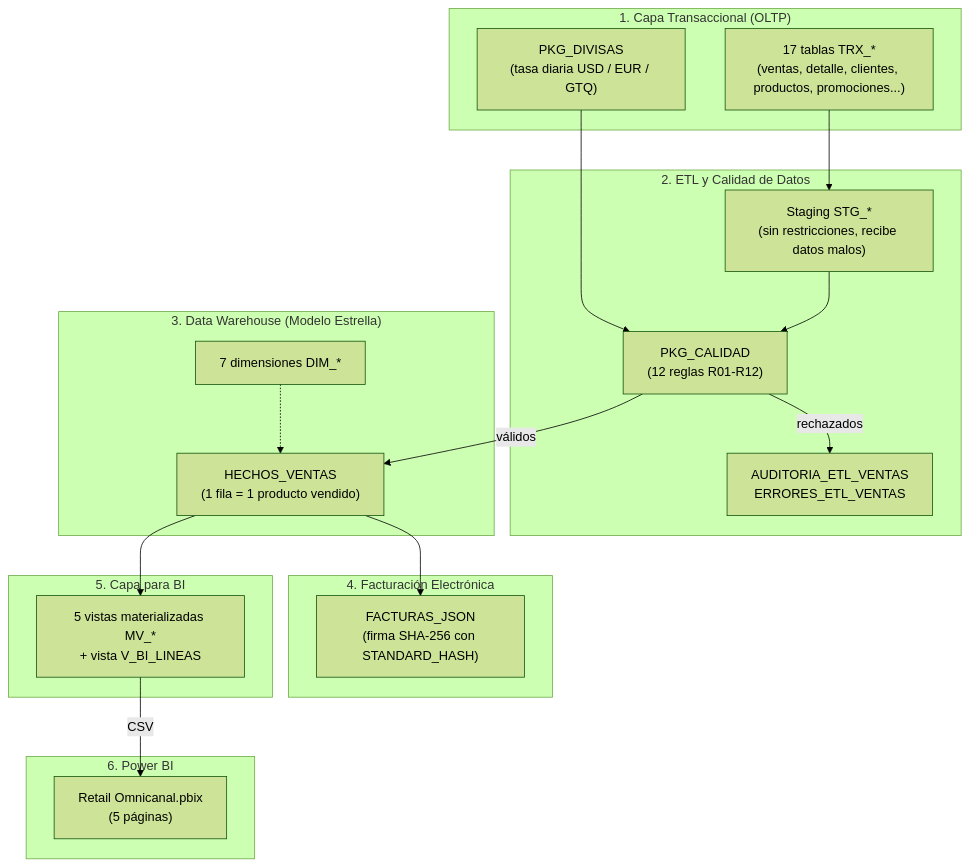
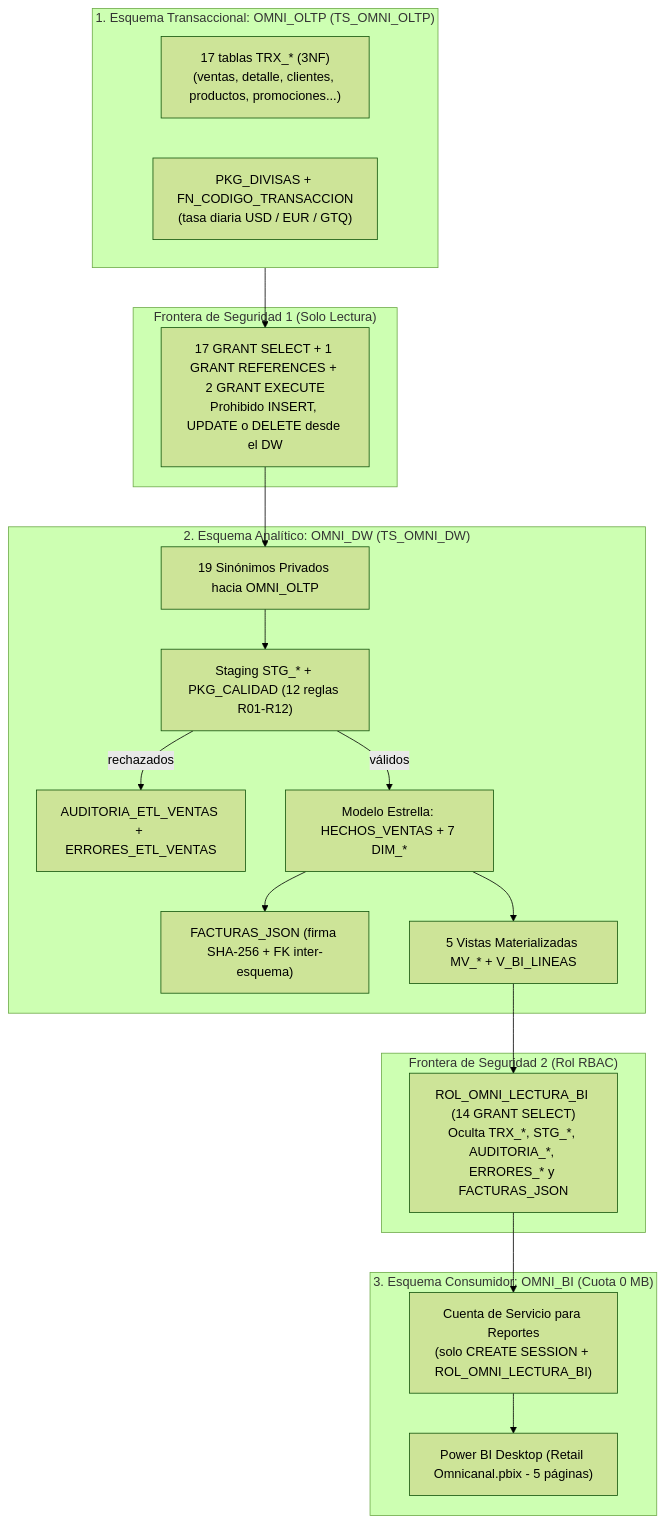
Before and after one commit to Miguel20170346/retail-omnichannel-analytics: the diagram in README.md, drawn with Mermaid (forest theme). The commit also changed other lines of this file and 17 other files, not shown here.

Commit message:
feat(security): implementar arquitectura empresarial multi-esquema (OMNI_OLTP, OMNI_DW, OMNI_BI + RBAC)

````diff
--- a/README.md
+++ b/README.md
@@ -17,40 +18,37 @@
 ```mermaid
 flowchart TD
-    subgraph OLTP ["1. Capa Transaccional (OLTP)"]
-        O1["17 tablas TRX_*<br/>(ventas, detalle, clientes, productos, promociones...)"]
-        O2["PKG_DIVISAS<br/>(tasa diaria USD / EUR / GTQ)"]
+    subgraph S1 ["1. Esquema Transaccional: OMNI_OLTP (TS_OMNI_OLTP)"]
+        O1["17 tablas TRX_* (3NF)<br/>(ventas, detalle, clientes, productos, promociones...)"]
+        O2["PKG_DIVISAS + FN_CODIGO_TRANSACCION<br/>(tasa diaria USD / EUR / GTQ)"]
     end
 
-    subgraph ETL ["2. ETL y Calidad de Datos"]
-        S1["Staging STG_*<br/>(sin restricciones, recibe datos malos)"]
-        Q1["PKG_CALIDAD<br/>(12 reglas R01-R12)"]
-        A1["AUDITORIA_ETL_VENTAS<br/>ERRORES_ETL_VENTAS"]
+    subgraph SEC1 ["Frontera de Seguridad 1 (Solo Lectura)"]
+        G1["17 GRANT SELECT + 1 GRANT REFERENCES + 2 GRANT EXECUTE<br/>Prohibido INSERT, UPDATE o DELETE desde el DW"]
     end
 
-    subgraph DW ["3. Data Warehouse (Modelo Estrella)"]
-        F1["HECHOS_VENTAS<br/>(1 fila = 1 producto vendido)"]
-        D1["7 dimensiones DIM_*"]
+    subgraph S2 ["2. Esquema Analítico: OMNI_DW (TS_OMNI_DW)"]
+        SYN["19 Sinónimos Privados hacia OMNI_OLTP"]
+        STG["Staging STG_* + PKG_CALIDAD (12 reglas R01-R12)"]
+        AUD["AUDITORIA_ETL_VENTAS + ERRORES_ETL_VENTAS"]
+        DW["Modelo Estrella: HECHOS_VENTAS + 7 DIM_*"]
+        FAC["FACTURAS_JSON (firma SHA-256 + FK inter-esquema)"]
+        SEM["5 Vistas Materializadas MV_* + V_BI_LINEAS"]
     end
 
-    subgraph FAC ["4. Facturación Electrónica"]
-        J1["FACTURAS_JSON<br/>(firma SHA-256 con STANDARD_HASH)"]
+    subgraph SEC2 ["Frontera de Seguridad 2 (Rol RBAC)"]
+        G2["ROL_OMNI_LECTURA_BI (14 GRANT SELECT)<br/>Oculta TRX_*, STG_*, AUDITORIA_*, ERRORES_* y FACTURAS_JSON"]
     end
 
-    subgraph SEM ["5. Capa para BI"]
-        MV["5 vistas materializadas MV_*<br/>+ vista V_BI_LINEAS"]
+    subgraph S3 ["3. Esquema Consumidor: OMNI_BI (Cuota 0 MB)"]
+        BIU["Cuenta de Servicio para Reportes<br/>(solo CREATE SESSION + ROL_OMNI_LECTURA_BI)"]
+        PBI["Power BI Desktop (Retail Omnicanal.pbix - 5 páginas)"]
     end
 
-    subgraph BI ["6. Power BI"]
-        PBI["Retail Omnicanal.pbix<br/>(5 páginas)"]
-    end
-
-    O1 --> S1
-    O2 --> Q1
-    S1 --> Q1
-    Q1 -->|válidos| F1
-    Q1 -->|rechazados| A1
-    D1 -.-> F1
-    F1 --> J1
-    F1 --> MV
-    MV -->|CSV| PBI
+    S1 --> G1 --> SYN
+    SYN --> STG
+    STG -->|válidos| DW
+    STG -->|rechazados| AUD
+    DW --> FAC
+    DW --> SEM
+    SEM --> G2 --> BIU --> PBI
 ```
````
